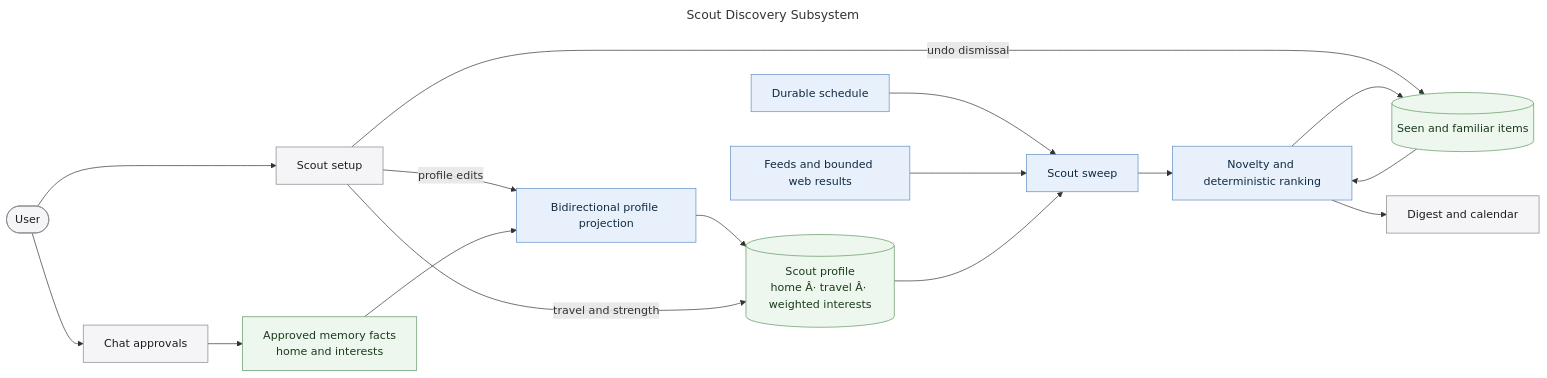
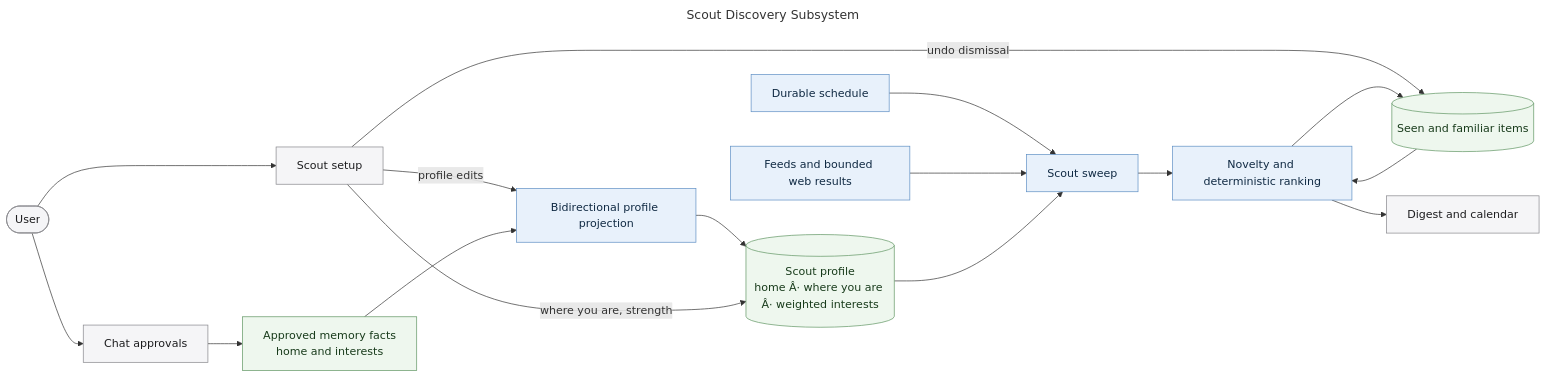
One commit to MallyaAni/PersonalAssistant changed the diagram in docs/diagrams/discovery-subsystem.mmd. Above: the diagram before and after it, drawn with Mermaid. The commit also changed 29 other files, not shown here.

```diff
--- a/docs/diagrams/discovery-subsystem.mmd
+++ b/docs/diagrams/discovery-subsystem.mmd
@@ -1,39 +1,39 @@
 ---
 title: Scout Discovery Subsystem
 ---
 flowchart LR
     User([User])
     Chat[Chat approvals]
     Setup[Scout setup]
 
     Memory[Approved memory facts<br/>home and interests]
     Projection[Bidirectional profile projection]
-    Profile[(Scout profile<br/>home Â· travel Â· weighted interests)]
+    Profile[(Scout profile<br/>home Â· where you are Â· weighted interests)]
 
     Schedule[Durable schedule]
     Sources[Feeds and bounded web results]
     Sweep[Scout sweep]
     Rank[Novelty and deterministic ranking]
     History[(Seen and familiar items)]
     Result[Digest and calendar]
 
     User --> Chat --> Memory
     User --> Setup
     Setup -->|profile edits| Projection
     Memory --> Projection --> Profile
-    Setup -->|travel and strength| Profile
+    Setup -->|where you are, strength| Profile
     Setup -->|undo dismissal| History
 
     Schedule --> Sweep
     Sources --> Sweep
     Profile --> Sweep --> Rank
     History --> Rank
     Rank --> History
     Rank --> Result
 
     classDef interface fill:#f5f5f7,stroke:#86868b,color:#1d1d1f;
     classDef application fill:#e8f1fb,stroke:#5e8fc4,color:#102a43;
     classDef data fill:#eef7ee,stroke:#5f9562,color:#183b1b;
     class User,Chat,Setup,Result interface;
     class Projection,Schedule,Sources,Sweep,Rank application;
     class Memory,Profile,History data;
```
